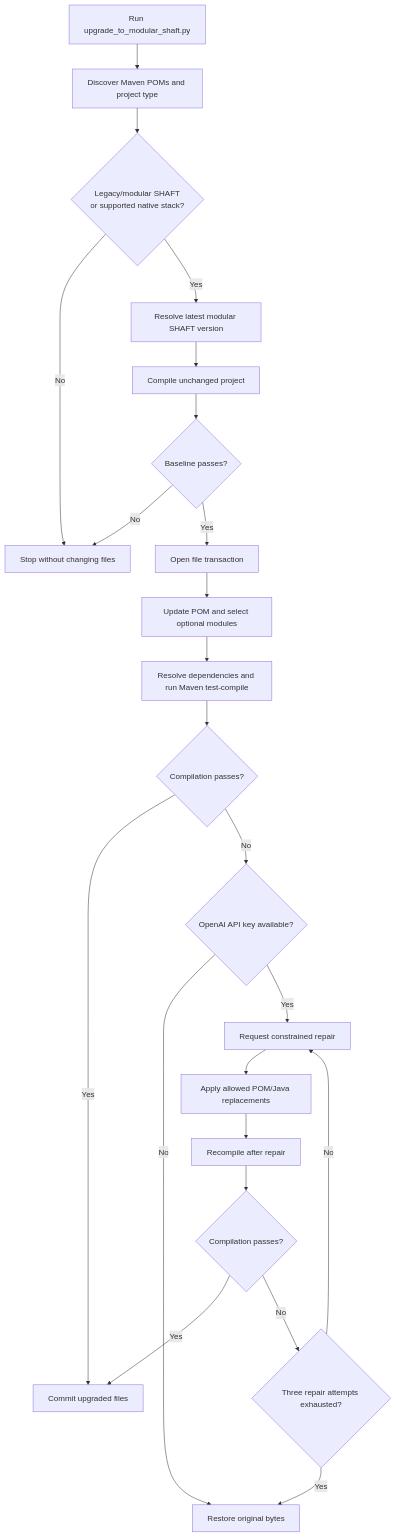
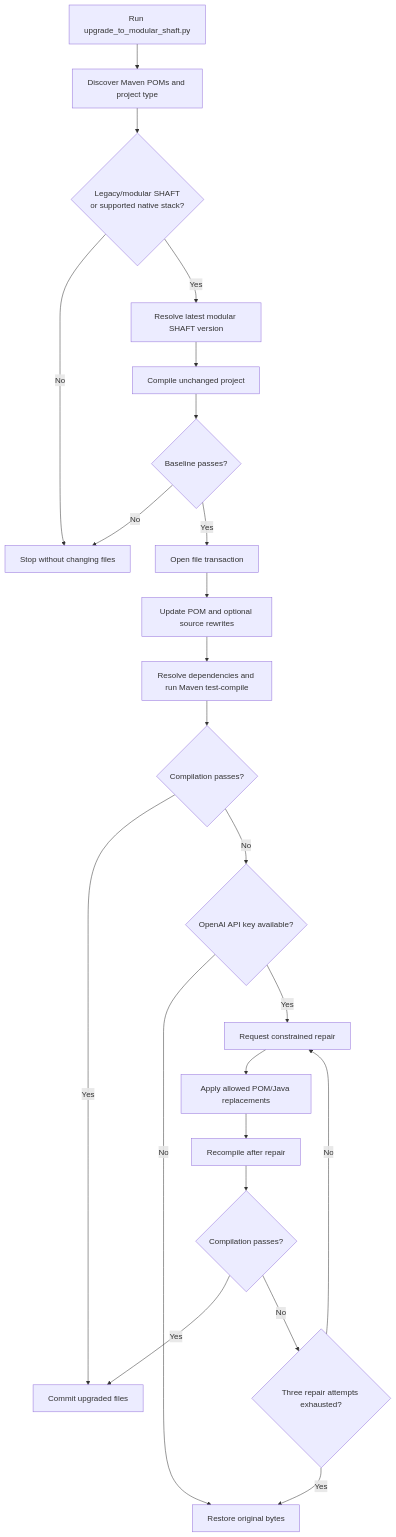
One commit to ShaftHQ/shafthq.github.io changed the first of 4 diagrams in docs/start/upgrade.mdx. Above: the diagram before and after it, drawn with Mermaid. The commit also changed other lines of this file, not shown here.

````diff
--- a/docs/start/upgrade.mdx
+++ b/docs/start/upgrade.mdx
@@ -60,25 +67,25 @@
 ```mermaid
 flowchart TD
     Start["Run upgrade_to_modular_shaft.py"] --> Discover["Discover Maven POMs and project type"]
     Discover --> Supported{"Legacy/modular SHAFT<br/>or supported native stack?"}
     Supported -- No --> Stop["Stop without changing files"]
     Supported -- Yes --> Resolve["Resolve latest modular SHAFT version"]
     Resolve --> Baseline["Compile unchanged project"]
     Baseline --> BaselinePass{"Baseline passes?"}
     BaselinePass -- No --> Stop
     BaselinePass -- Yes --> Snapshot["Open file transaction"]
-    Snapshot --> Upgrade["Update POM and select optional modules"]
+    Snapshot --> Upgrade["Update POM and optional source rewrites"]
     Upgrade --> Compile["Resolve dependencies and run Maven test-compile"]
     Compile --> Pass{"Compilation passes?"}
     Pass -- Yes --> Commit["Commit upgraded files"]
     Pass -- No --> Key{"OpenAI API key available?"}
     Key -- No --> Rollback["Restore original bytes"]
     Key -- Yes --> Repair["Request constrained repair"]
     Repair --> Retry["Apply allowed POM/Java replacements"]
     Retry --> AICompile["Recompile after repair"]
     AICompile --> AIPass{"Compilation passes?"}
     AIPass -- Yes --> Commit
     AIPass -- No --> Attempts{"Three repair attempts exhausted?"}
     Attempts -- No --> Repair
     Attempts -- Yes --> Rollback
 ```
````
